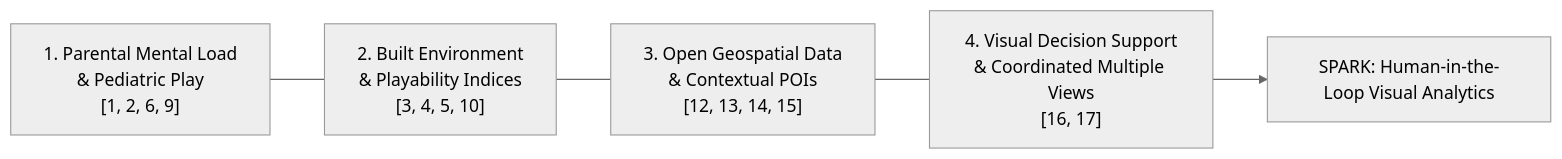
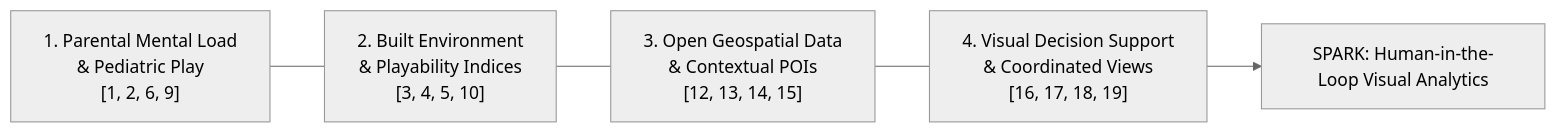
Before and after one commit to manoj-android/cse-6242-project: the first of 3 diagrams in projectwork/docs/progress_report.md, drawn with Mermaid (neutral theme). The commit also changed other lines of this file, not shown here.

Commit message:
Refactor progress report to synthesize human-in-the-loop visual analytics with data engineering and UI screenshot

````diff
--- a/projectwork/docs/progress_report.md
+++ b/projectwork/docs/progress_report.md
@@ -43,7 +43,7 @@
 ```mermaid
 flowchart LR
     P1["1. Parental Mental Load<br>& Pediatric Play<br>[1, 2, 6, 9]"] --- P2["2. Built Environment<br>& Playability Indices<br>[3, 4, 5, 10]"]
     P2 --- P3["3. Open Geospatial Data<br>& Contextual POIs<br>[12, 13, 14, 15]"]
-    P3 --- P4["4. Visual Decision Support<br>& Coordinated Multiple Views<br>[16, 17]"]
+    P3 --- P4["4. Visual Decision Support<br>& Coordinated Views<br>[16, 17, 18, 19]"]
     P4 --> UNIFIED["SPARK: Human-in-the-Loop Visual Analytics"]
 ```
````
